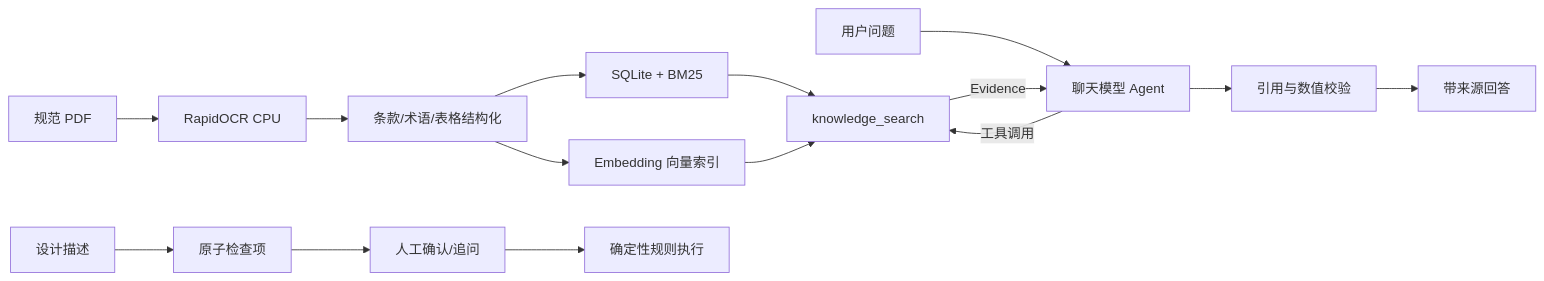
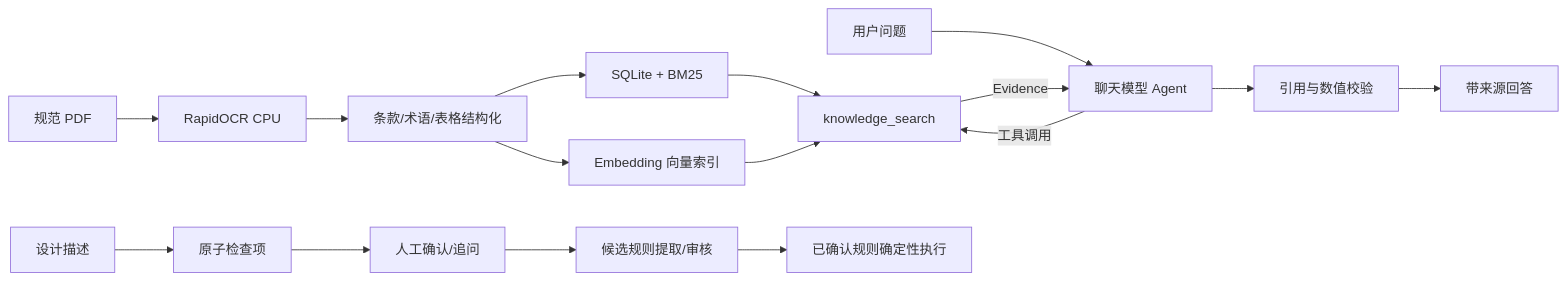
The diagram in README.md (jiumiu3/Rag-Q-A), drawn with Mermaid before and after one commit. The commit also changed other lines of this file and 30 other files, not shown here.

````diff
--- a/README.md
+++ b/README.md
@@ -22,17 +24,18 @@
 ```mermaid
 flowchart LR
     PDF[规范 PDF] --> OCR[RapidOCR CPU]
     OCR --> STRUCT[条款/术语/表格结构化]
     STRUCT --> STORE[SQLite + BM25]
     STRUCT --> VECTOR[Embedding 向量索引]
     STORE --> TOOL[knowledge_search]
     VECTOR --> TOOL
     USER[用户问题] --> AGENT[聊天模型 Agent]
     AGENT -->|工具调用| TOOL
     TOOL -->|Evidence| AGENT
     AGENT --> VERIFY[引用与数值校验]
     VERIFY --> ANSWER[带来源回答]
     DESIGN[设计描述] --> ITEMS[原子检查项]
     ITEMS --> CONFIRM[人工确认/追问]
-    CONFIRM --> RULES[确定性规则执行]
+    CONFIRM --> CANDIDATE[候选规则提取/审核]
+    CANDIDATE --> RULES[已确认规则确定性执行]
 ```
````
